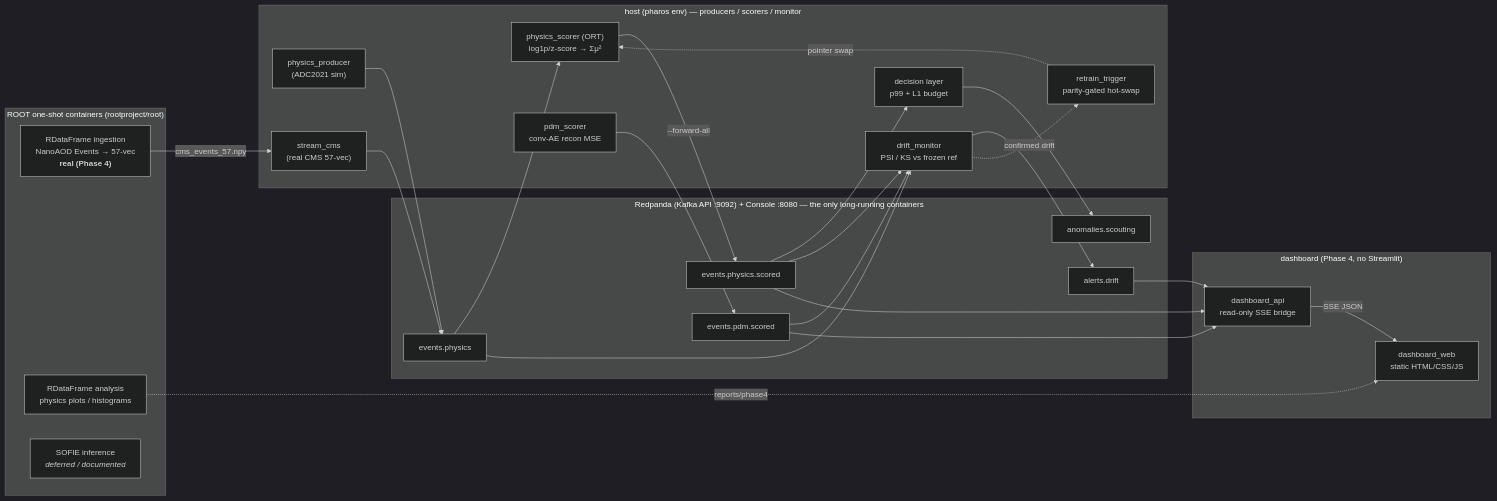
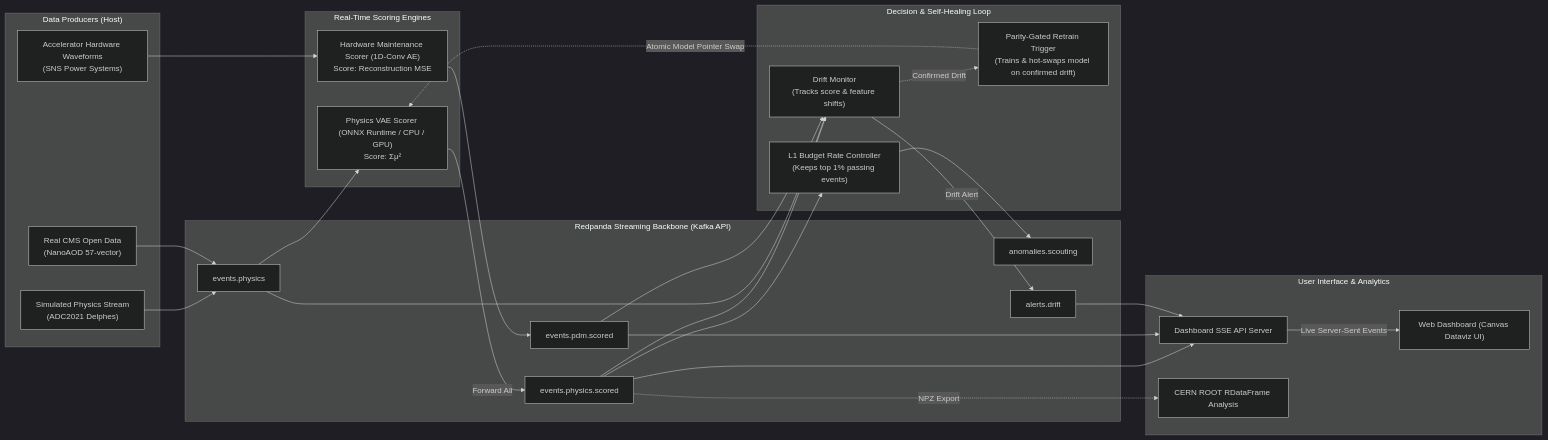
One commit to Rohit-Gupta-126/PHAROS changed the diagram in README.md. Above: the diagram before and after it, drawn with Mermaid (dark theme). The commit also changed other lines of this file, not shown here.

````diff
--- a/README.md
+++ b/README.md
@@ -67,48 +55,52 @@
 ```mermaid
 flowchart LR
-  subgraph ROOT["ROOT one-shot containers (rootproject/root)"]
-    RDFin["RDataFrame ingestion<br/>NanoAOD Events → 57-vec<br/><b>real (Phase 4)</b>"]
-    RDFan["RDataFrame analysis<br/>physics plots / histograms"]
-    SOFIE["SOFIE inference<br/><i>deferred / documented</i>"]
+  subgraph DataSources["Data Producers (Host)"]
+    SimData["Simulated Physics Stream<br/>(ADC2021 Delphes)"]
+    RealCMS["Real CMS Open Data<br/>(NanoAOD 57-vector)"]
+    HVCMData["Accelerator Hardware Waveforms<br/>(SNS Power Systems)"]
   end
 
-  subgraph BROKER["Redpanda (Kafka API :9092) + Console :8080  — the only long-running containers"]
+  subgraph Broker["Redpanda Streaming Backbone (Kafka API)"]
     T1["events.physics"]
     T2["events.physics.scored"]
     T3["events.pdm.scored"]
     T4["anomalies.scouting"]
     T5["alerts.drift"]
   end
 
-  subgraph HOST["host (pharos env) — producers / scorers / monitor"]
-    PP["physics_producer<br/>(ADC2021 sim)"]
-    CMS["stream_cms<br/>(real CMS 57-vec)"]
-    PS["physics_scorer (ORT)<br/>log1p/z-score → Σμ²"]
-    DEC["decision layer<br/>p99 + L1 budget"]
-    PDM["pdm_scorer<br/>conv-AE recon MSE"]
-    MON["drift_monitor<br/>PSI / KS vs frozen ref"]
-    RT["retrain_trigger<br/>parity-gated hot-swap"]
+  subgraph Scorers["Real-Time Scoring Engines"]
+    PS["Physics VAE Scorer (ONNX Runtime / CPU / GPU)<br/>Score: Σμ²"]
+    PDM["Hardware Maintenance Scorer (1D-Conv AE)<br/>Score: Reconstruction MSE"]
   end
 
-  subgraph DASH["dashboard (Phase 4, no Streamlit)"]
-    API["dashboard_api<br/>read-only SSE bridge"]
-    WEB["dashboard_web<br/>static HTML/CSS/JS"]
+  subgraph DecisionMLOps["Decision & Self-Healing Loop"]
+    DEC["L1 Budget Rate Controller<br/>(Keeps top 1% passing events)"]
+    MON["Drift Monitor<br/>(Tracks score & feature shifts)"]
+    RT["Parity-Gated Retrain Trigger<br/>(Trains & hot-swaps model on confirmed drift)"]
   end
 
-  RDFin -->|cms_events_57.npy| CMS
-  PP --> T1
-  CMS --> T1
-  T1 --> PS
-  PS -->|--forward-all| T2
+  subgraph Frontend["User Interface & Analytics"]
+    API["Dashboard SSE API Server"]
+    WEB["Web Dashboard (Canvas Dataviz UI)"]
+    RDF["CERN ROOT RDataFrame Analysis"]
+  end
+
+  SimData --> T1
+  RealCMS --> T1
+  HVCMData --> PDM
+  
+  T1 --> PS -->|Forward All| T2
   T2 --> DEC --> T4
   T2 --> MON
   T1 --> MON
   PDM --> T3 --> MON
-  MON --> T5
-  MON -.confirmed drift.-> RT -.pointer swap.-> PS
+  
+  MON -->|Drift Alert| T5
+  MON -.Confirmed Drift.-> RT -.Atomic Model Pointer Swap.-> PS
+  
   T2 --> API
   T3 --> API
   T5 --> API
-  API -->|SSE JSON| WEB
-  RDFan -.reports/phase4.-> WEB
+  API -->|Live Server-Sent Events| WEB
+  T2 -.NPZ Export.-> RDF
 ```
````
